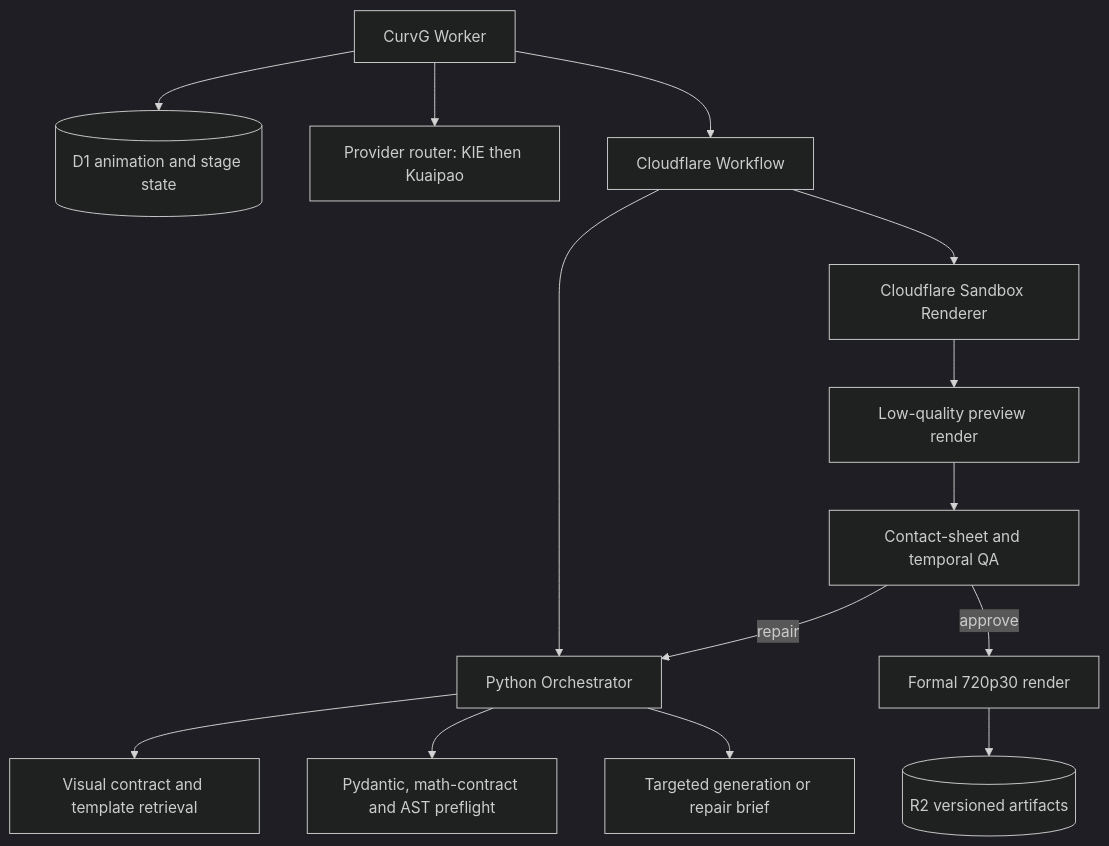
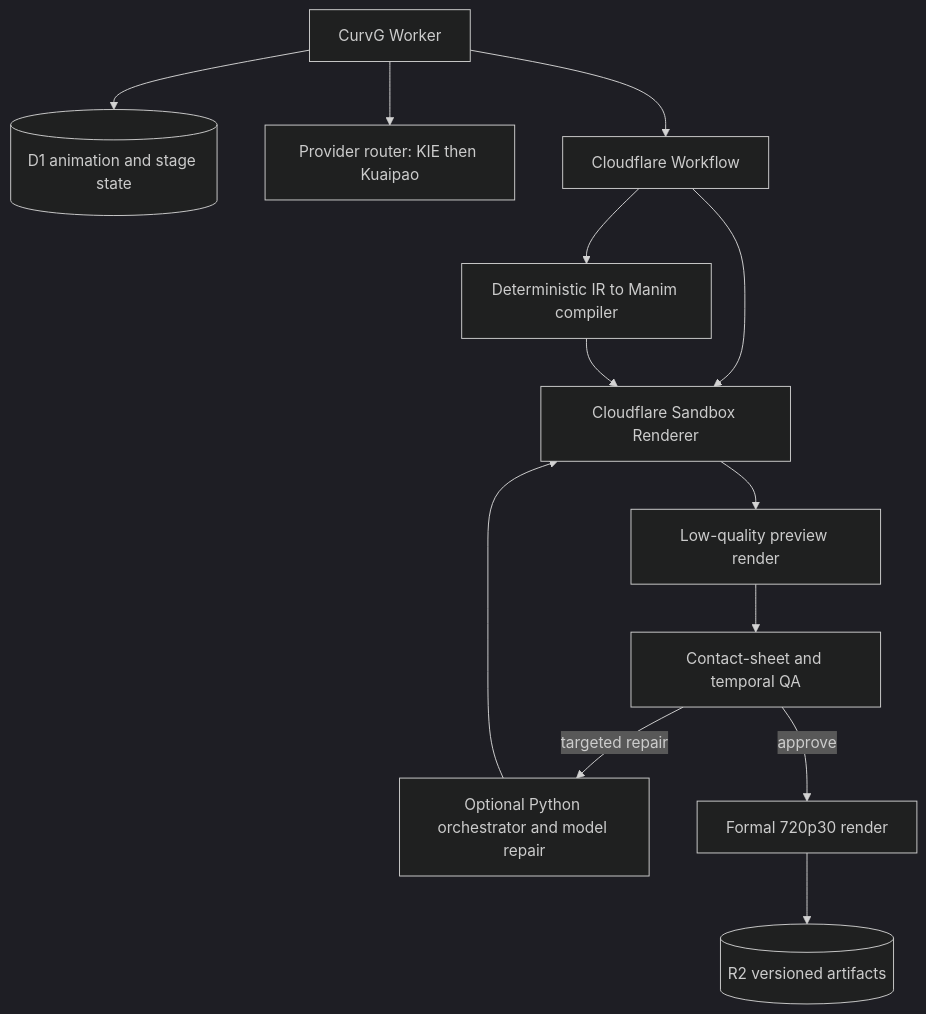
The diagram in docs/ANIMATION_ORCHESTRATION.md (geektao1024/CurvG), drawn with Mermaid (dark theme) before and after one commit. The commit also changed other lines of this file and 9 other files, not shown here.

````diff
--- a/docs/ANIMATION_ORCHESTRATION.md
+++ b/docs/ANIMATION_ORCHESTRATION.md
@@ -5,16 +5,15 @@
 ```mermaid
 flowchart TD
   A[CurvG Worker] --> B[(D1 animation and stage state)]
   A --> C[Provider router: KIE then Kuaipao]
   A --> D[Cloudflare Workflow]
-  D --> E[Python Orchestrator]
-  E --> F[Visual contract and template retrieval]
-  E --> G[Pydantic, math-contract and AST preflight]
-  E --> H[Targeted generation or repair brief]
+  D --> E[Deterministic IR to Manim compiler]
   D --> I[Cloudflare Sandbox Renderer]
+  E --> I
   I --> J[Low-quality preview render]
   J --> K[Contact-sheet and temporal QA]
-  K -->|repair| E
+  K -->|targeted repair| N[Optional Python orchestrator and model repair]
+  N --> I
   K -->|approve| L[Formal 720p30 render]
   L --> M[(R2 versioned artifacts)]
 ```
````
